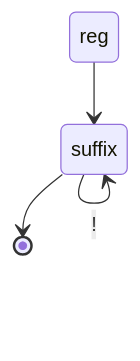
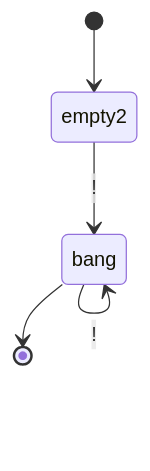
One commit to raganwald/raganwald.github.com changed diagram 17 of 32 in _posts/2019-09-21-recognizing-myself.md. Above: the diagram before and after it, drawn with Mermaid. The commit also changed other lines of this file and 5 other files, not shown here.

```diff
--- a/_posts/2019-09-21-recognizing-myself.md
+++ b/_posts/2019-09-21-recognizing-myself.md
@@ -986,6 +980,7 @@
 <div class="mermaid">
   stateDiagram
-    reg-->suffix
-    suffix-->suffix : !
-    suffix-->[*]
+    [*]-->empty2
+    empty2-->bang : !
+    bang-->bang : !
+    bang-->[*]
 </div>
```
